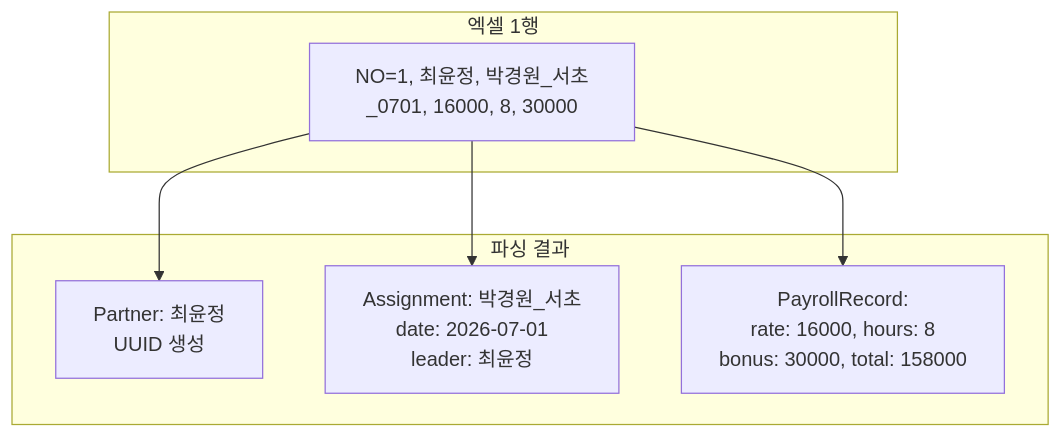
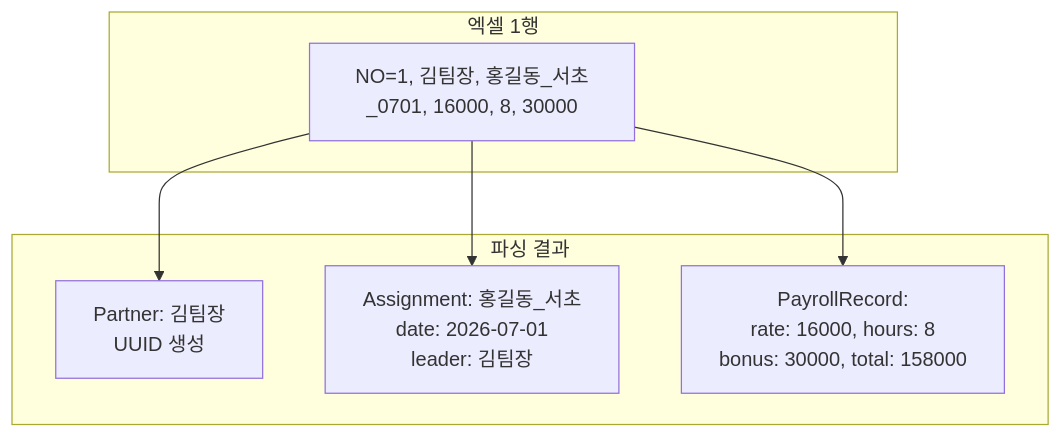
The second of 6 diagrams in _posts/2026-07-19-ax-partners-manager-v52-mock-data.md (200gyu/209), drawn with Mermaid before and after one commit. The commit also changed other lines of this file and 2 other files, not shown here.

````diff
--- a/_posts/2026-07-19-ax-partners-manager-v52-mock-data.md
+++ b/_posts/2026-07-19-ax-partners-manager-v52-mock-data.md
@@ -154,16 +154,16 @@
 ```mermaid
 flowchart TD
     subgraph "엑셀 1행"
-        R["NO=1, 최윤정, 박경원_서초_0701, 16000, 8, 30000"]
+        R["NO=1, 김팀장, 홍길동_서초_0701, 16000, 8, 30000"]
     end
 
     subgraph "파싱 결과"
-        P["Partner: 최윤정<br/>UUID 생성"]
-        A["Assignment: 박경원_서초<br/>date: 2026-07-01<br/>leader: 최윤정"]
+        P["Partner: 김팀장<br/>UUID 생성"]
+        A["Assignment: 홍길동_서초<br/>date: 2026-07-01<br/>leader: 김팀장"]
         PR["PayrollRecord:<br/>rate: 16000, hours: 8<br/>bonus: 30000, total: 158000"]
     end
 
     R --> P
     R --> A
     R --> PR
 ```
````
